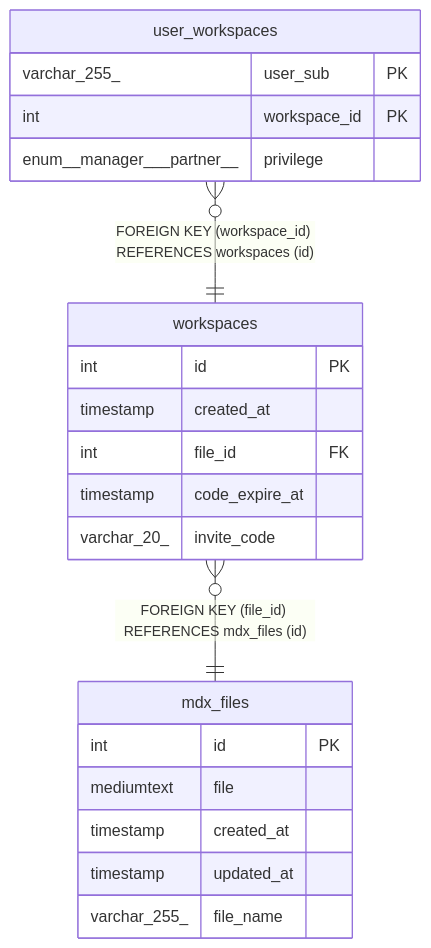
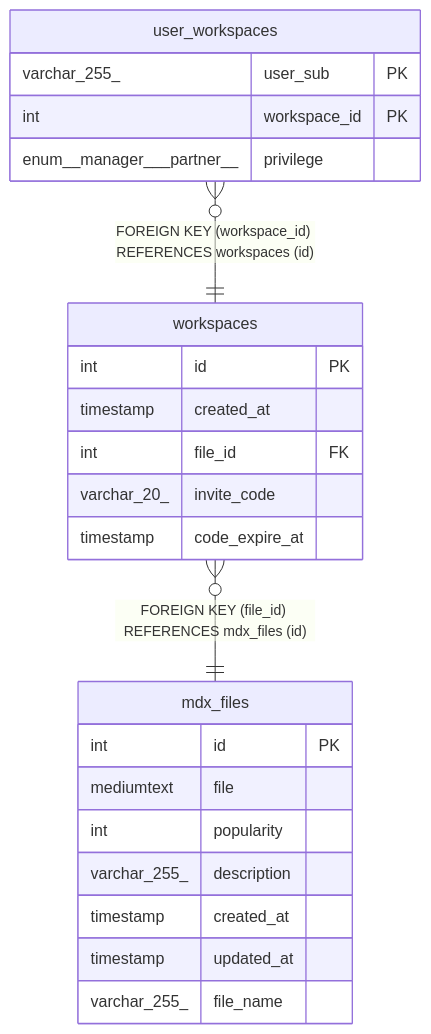
Before and after one commit to Yiipu/Checkdown: the diagram in doc/database-schema/workspaces.md, drawn with Mermaid. The commit also changed 12 other files, not shown here.

````diff
--- a/doc/database-schema/workspaces.md
+++ b/doc/database-schema/workspaces.md
@@ -52,26 +52,28 @@
 ```mermaid
 erDiagram
 
 "user_workspaces" }o--|| "workspaces" : "FOREIGN KEY (workspace_id) REFERENCES workspaces (id)"
 "workspaces" }o--|| "mdx_files" : "FOREIGN KEY (file_id) REFERENCES mdx_files (id)"
 
 "workspaces" {
   int id PK
   timestamp created_at
   int file_id FK
+  varchar_20_ invite_code
   timestamp code_expire_at
-  varchar_20_ invite_code
 }
 "user_workspaces" {
   varchar_255_ user_sub PK
   int workspace_id PK
   enum__manager___partner__ privilege
 }
 "mdx_files" {
   int id PK
   mediumtext file
+  int popularity
+  varchar_255_ description
   timestamp created_at
   timestamp updated_at
   varchar_255_ file_name
 }
 ```
````
